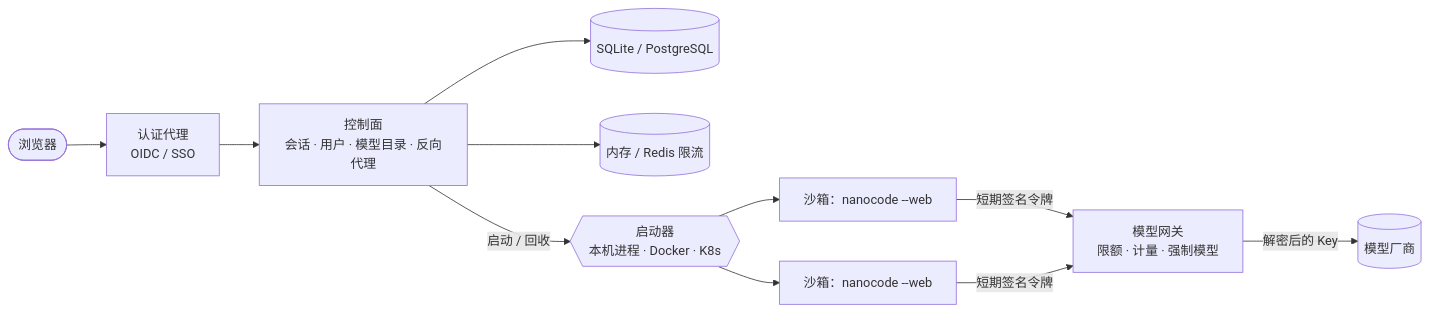
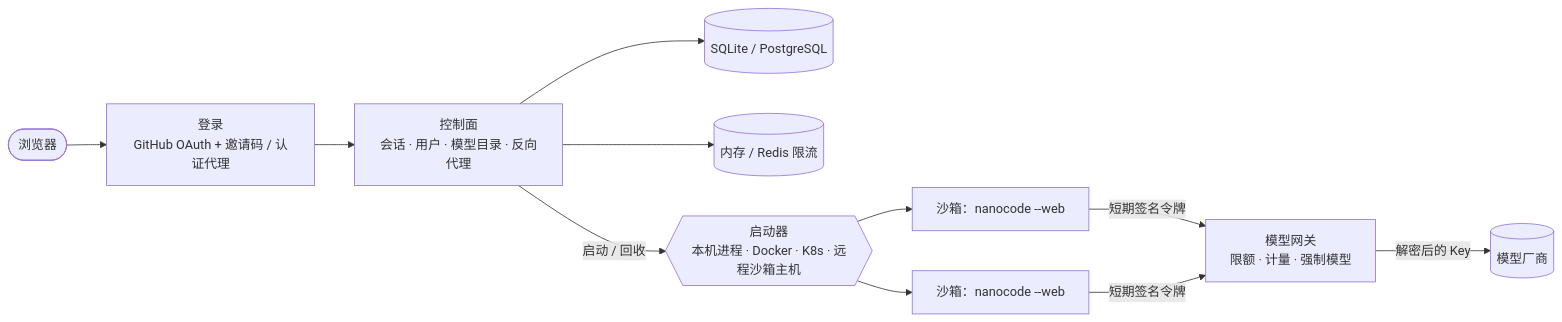
The third of 3 diagrams in README.md (mbaiagent/nanocode), drawn with Mermaid before and after one commit. The commit also changed other lines of this file and 24 other files, not shown here.

First line of the commit message:
docs: 文档补齐——索引、NCS_* 配置参考、部署拓扑、登录与管理、安全模型、CHANGELOG、在线使用与平台截图

````diff
--- a/README.md
+++ b/README.md
@@ -100,13 +131,13 @@
 ```mermaid
 flowchart LR
-    B([浏览器]) --> AP[认证代理<br/>OIDC / SSO]
+    B([浏览器]) --> AP[登录<br/>GitHub OAuth + 邀请码 / 认证代理]
     AP --> CP[控制面<br/>会话 · 用户 · 模型目录 · 反向代理]
     CP --> DB[(SQLite / PostgreSQL)]
     CP --> RL[(内存 / Redis 限流)]
-    CP -->|启动 / 回收| L{{启动器<br/>本机进程 · Docker · K8s}}
+    CP -->|启动 / 回收| L{{启动器<br/>本机进程 · Docker · K8s · 远程沙箱主机}}
     L --> SB1[沙箱：nanocode --web]
     L --> SB2[沙箱：nanocode --web]
     SB1 -->|短期签名令牌| GW[模型网关<br/>限额 · 计量 · 强制模型]
     SB2 -->|短期签名令牌| GW
     GW -->|解密后的 Key| M[(模型厂商)]
 ```
````
